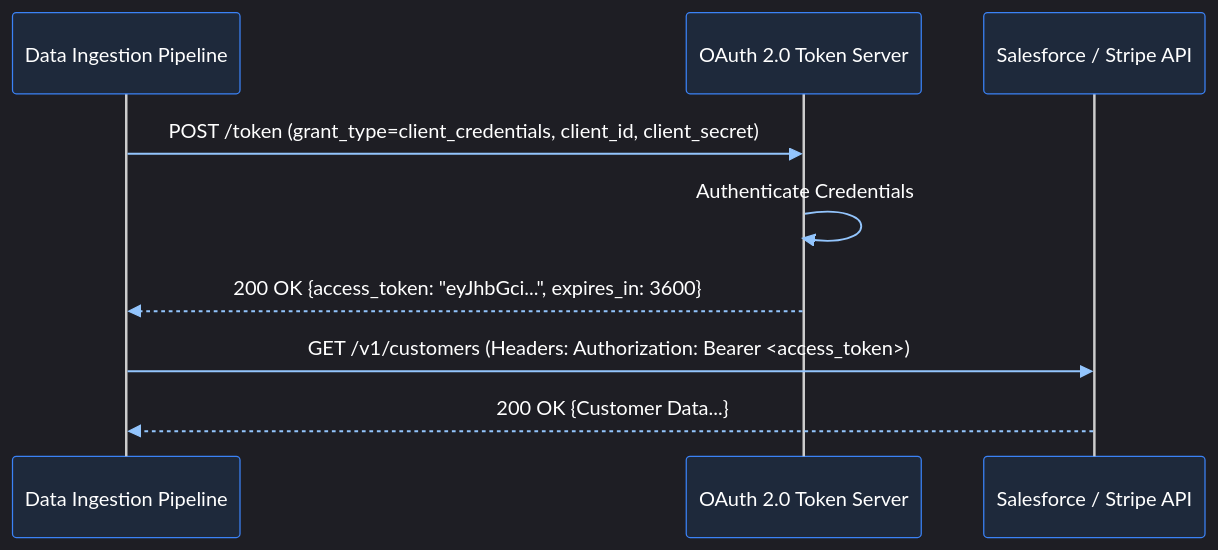
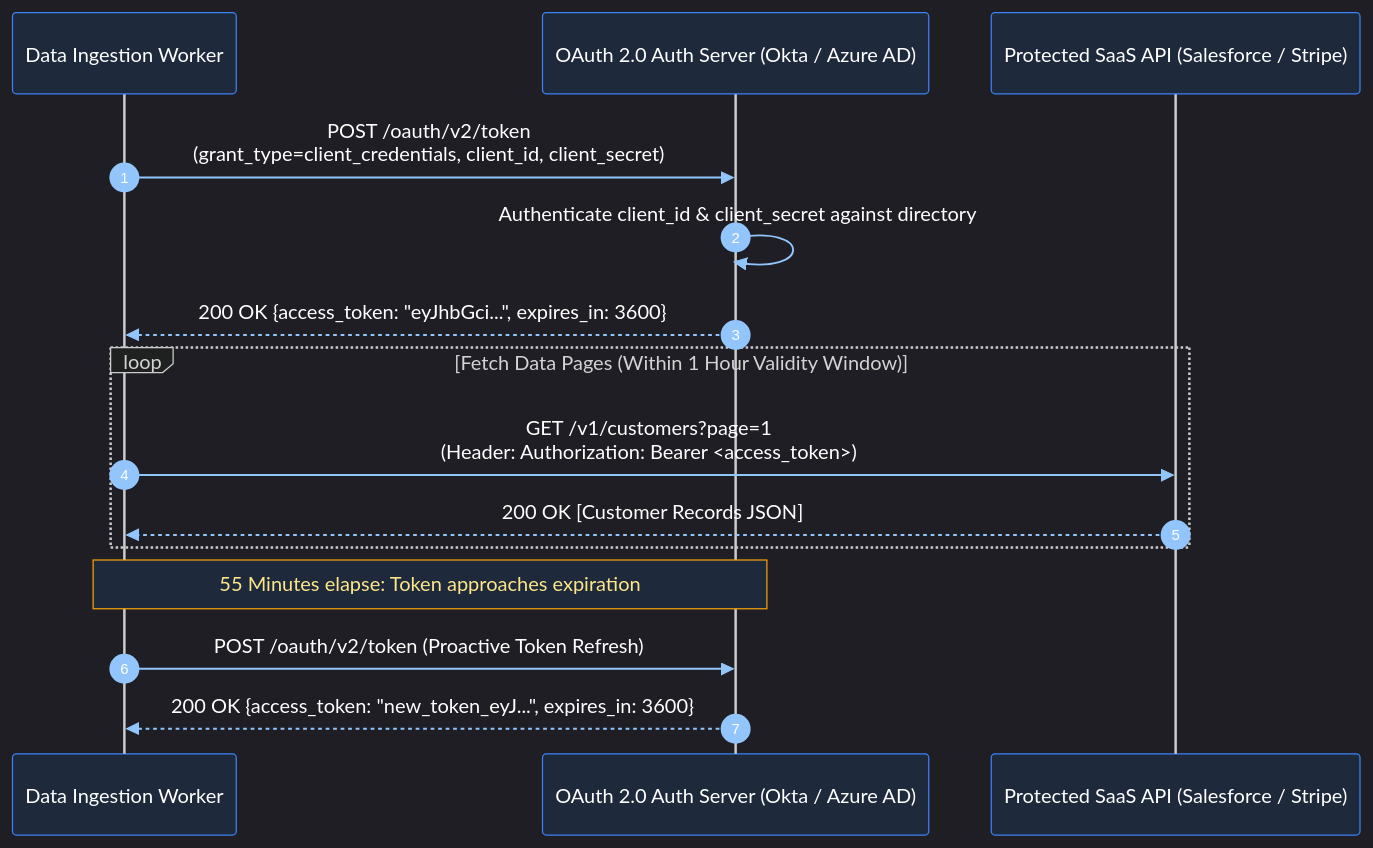
Before and after one commit to joydeep-biswas/Interview-Preparation: diagram 14 of 19 in Data Engineering/05_distributed_systems_and_apis.md, drawn with Mermaid. The commit also changed other lines of this file and 143 other files, not shown here.

````diff
--- a/Data Engineering/05_distributed_systems_and_apis.md
+++ b/Data Engineering/05_distributed_systems_and_apis.md
@@ -910,13 +980,21 @@
 ```mermaid
 %%{init: {'theme': 'dark', 'themeVariables': { 'actorBkg': '#1e293b', 'actorBorder': '#3b82f6', 'actorTextColor': '#ffffff', 'signalColor': '#93c5fd', 'signalTextColor': '#ffffff', 'noteBkgColor': '#1e293b', 'noteBorderColor': '#f59e0b', 'noteTextColor': '#fde68a', 'activationBkgColor': '#3b82f6', 'sequenceNumberColor': '#ffffff' }}}%%
 sequenceDiagram
-    participant Pipeline as Data Ingestion Pipeline
-    participant AuthServer as OAuth 2.0 Token Server
-    participant SaaS as Salesforce / Stripe API
+    autonumber
+    participant Pipeline as Data Ingestion Worker
+    participant Auth as OAuth 2.0 Auth Server (Okta / Azure AD)
+    participant SaaS as Protected SaaS API (Salesforce / Stripe)
 
-    Pipeline->>AuthServer: POST /token (grant_type=client_credentials, client_id, client_secret)
-    AuthServer->>AuthServer: Authenticate Credentials
-    AuthServer-->>Pipeline: 200 OK {access_token: "eyJhbGci...", expires_in: 3600}
-    Pipeline->>SaaS: GET /v1/customers (Headers: Authorization: Bearer <access_token>)
-    SaaS-->>Pipeline: 200 OK {Customer Data...}
+    Pipeline->>Auth: POST /oauth/v2/token<br/>(grant_type=client_credentials, client_id, client_secret)
+    Auth->>Auth: Authenticate client_id & client_secret against directory
+    Auth-->>Pipeline: 200 OK {access_token: "eyJhbGci...", expires_in: 3600}
+    
+    loop Fetch Data Pages (Within 1 Hour Validity Window)
+        Pipeline->>SaaS: GET /v1/customers?page=1<br/>(Header: Authorization: Bearer <access_token>)
+        SaaS-->>Pipeline: 200 OK [Customer Records JSON]
+    end
+
+    Note over Pipeline,Auth: 55 Minutes elapse: Token approaches expiration
+    Pipeline->>Auth: POST /oauth/v2/token (Proactive Token Refresh)
+    Auth-->>Pipeline: 200 OK {access_token: "new_token_eyJ...", expires_in: 3600}
 ```
````
